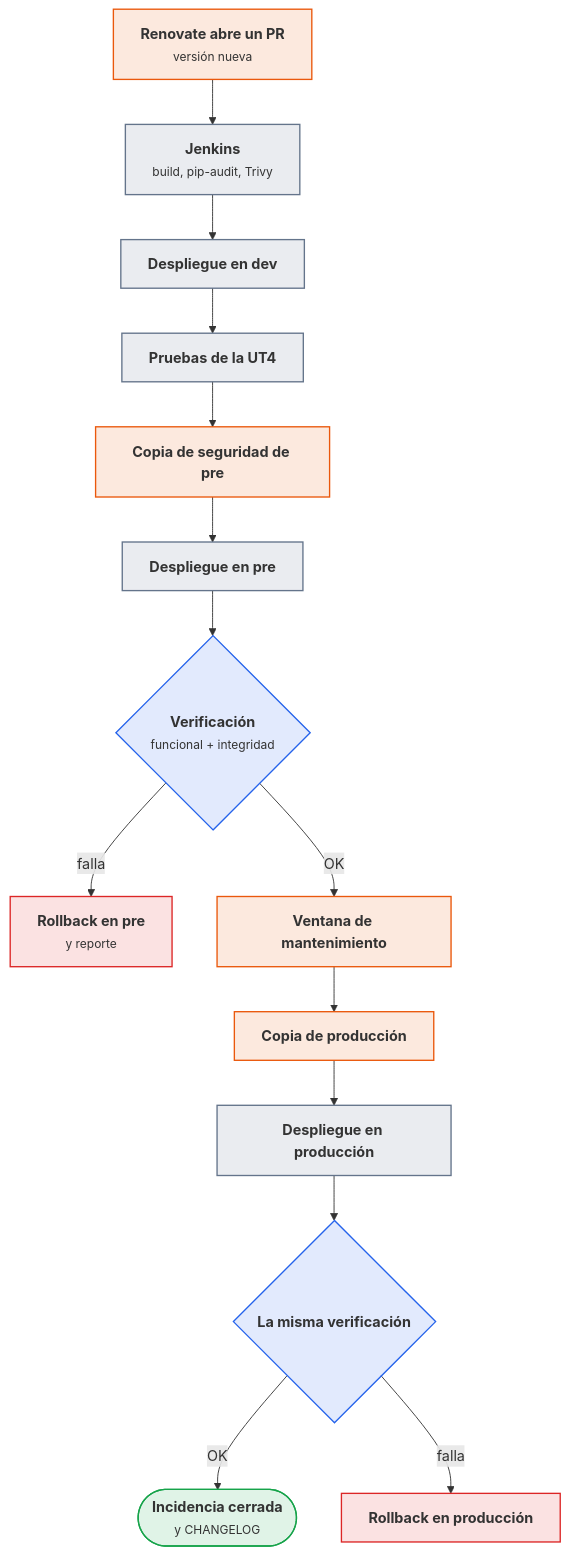
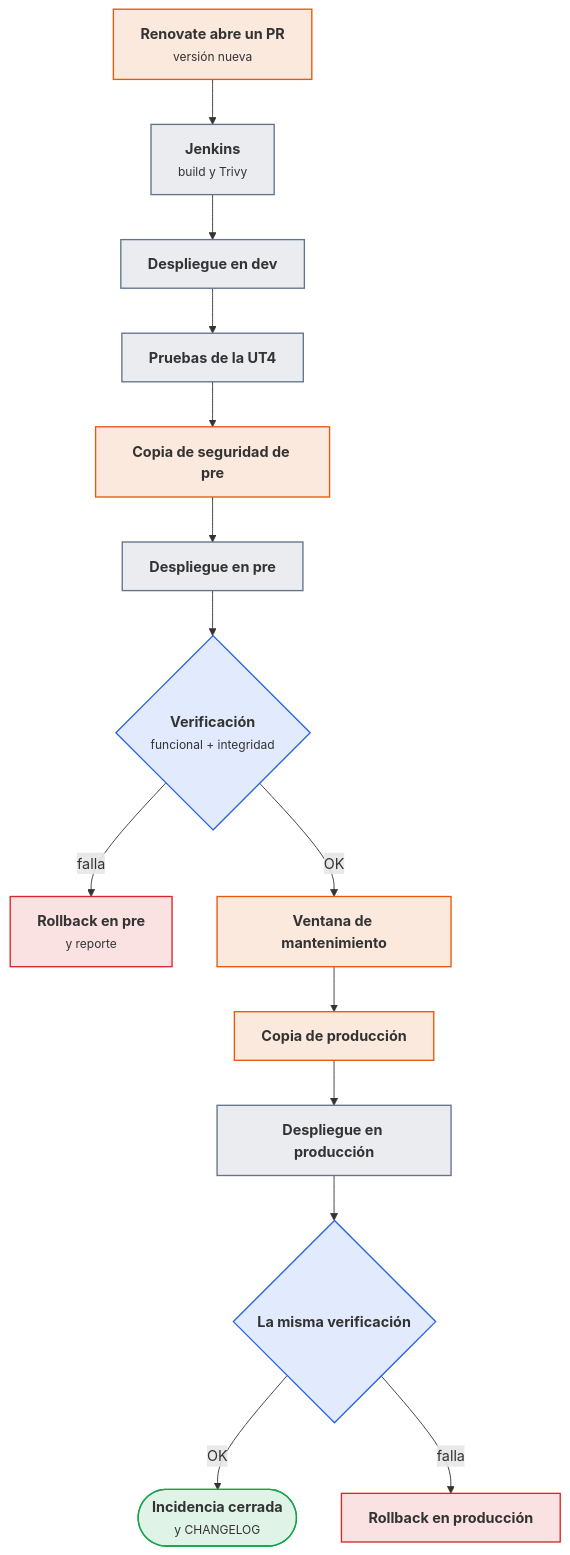
The fourth of 4 diagrams in docs/ut/ut7-actualizacion-vulnerabilidades.md (victor-educ/apuntes-5169), drawn with Mermaid before and after one commit. The commit also changed other lines of this file and 17 other files, not shown here.

````diff
--- a/docs/ut/ut7-actualizacion-vulnerabilidades.md
+++ b/docs/ut/ut7-actualizacion-vulnerabilidades.md
@@ -732,28 +783,28 @@
 ```mermaid
 flowchart TB
     R["<b>Renovate abre un PR</b><br><small>versión nueva</small>"]:::act
-    CI["<b>Jenkins</b><br><small>build, pip-audit, Trivy</small>"]:::pieza
+    CI["<b>Jenkins</b><br><small>build y Trivy</small>"]:::pieza
     DEV["<b>Despliegue en dev</b>"]:::pieza
     T1["<b>Pruebas de la UT4</b>"]:::pieza
     BK["<b>Copia de seguridad de pre</b>"]:::act
     PRE["<b>Despliegue en pre</b>"]:::pieza
     V1{"<b>Verificación</b><br><small>funcional + integridad</small>"}:::dato
     RB1["<b>Rollback en pre</b><br><small>y reporte</small>"]:::riesgo
     WIN["<b>Ventana de mantenimiento</b>"]:::act
     BK2["<b>Copia de producción</b>"]:::act
     PRO["<b>Despliegue en producción</b>"]:::pieza
     V2{"<b>La misma verificación</b>"}:::dato
     INC(["<b>Incidencia cerrada</b><br><small>y CHANGELOG</small>"]):::ok
     RB2["<b>Rollback en producción</b>"]:::riesgo
     R --> CI --> DEV --> T1 --> BK --> PRE --> V1
     V1 -- OK --> WIN --> BK2 --> PRO --> V2
     V1 -- falla --> RB1
     V2 -- OK --> INC
     V2 -- falla --> RB2
     classDef act fill:#ea580c22,stroke:#ea580c,stroke-width:1.5px
     classDef pieza fill:#64748b22,stroke:#64748b,stroke-width:1.5px
     classDef dato fill:#2563eb22,stroke:#2563eb,stroke-width:1.5px
     classDef infra fill:#a1a1aa14,stroke:#a1a1aa,stroke-width:1.5px
     classDef ok fill:#16a34a22,stroke:#16a34a,stroke-width:1.5px
     classDef riesgo fill:#dc262622,stroke:#dc2626,stroke-width:1.5px
 ```
````
